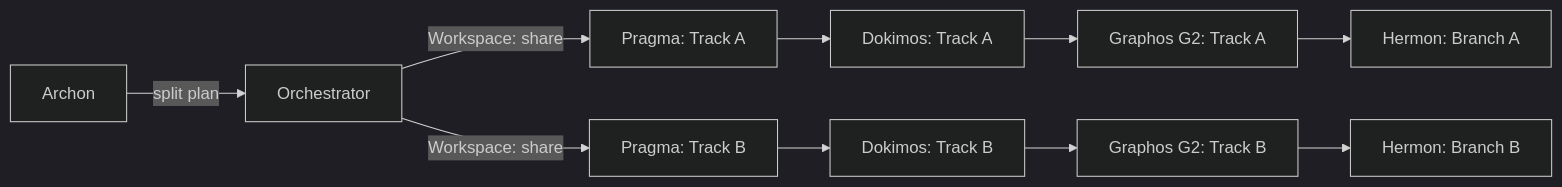
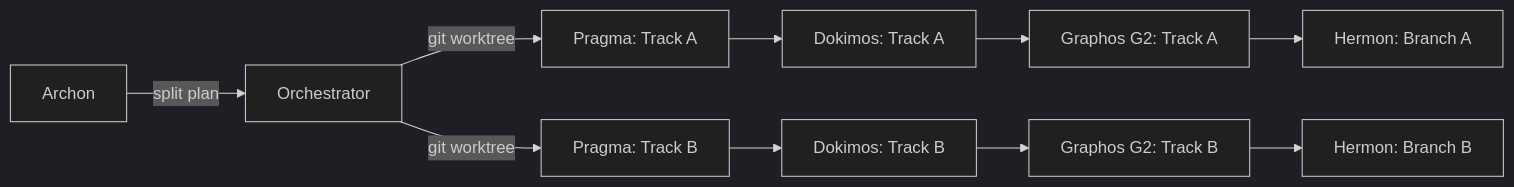
One commit to ancrz/pipeline-agentic changed the second of 2 diagrams in codex/AGENTS.md. Above: the diagram before and after it, drawn with Mermaid (dark theme). The commit also changed other lines of this file and 26 other files, not shown here.

````diff
--- a/codex/AGENTS.md
+++ b/codex/AGENTS.md
@@ -729,12 +795,12 @@
 ```mermaid
 flowchart LR
     A["Archon"] -->|"split plan"| O["Orchestrator"]
-    O -->|"Workspace: share"| P1["Pragma: Track A"]
-    O -->|"Workspace: share"| P2["Pragma: Track B"]
+    O -->|"git worktree"| P1["Pragma: Track A"]
+    O -->|"git worktree"| P2["Pragma: Track B"]
     P1 --> D1["Dokimos: Track A"]
     P2 --> D2["Dokimos: Track B"]
     D1 --> GA1["Graphos G2: Track A"]
     D2 --> GA2["Graphos G2: Track B"]
     GA1 --> H1["Hermon: Branch A"]
     GA2 --> H2["Hermon: Branch B"]
 ```
````
